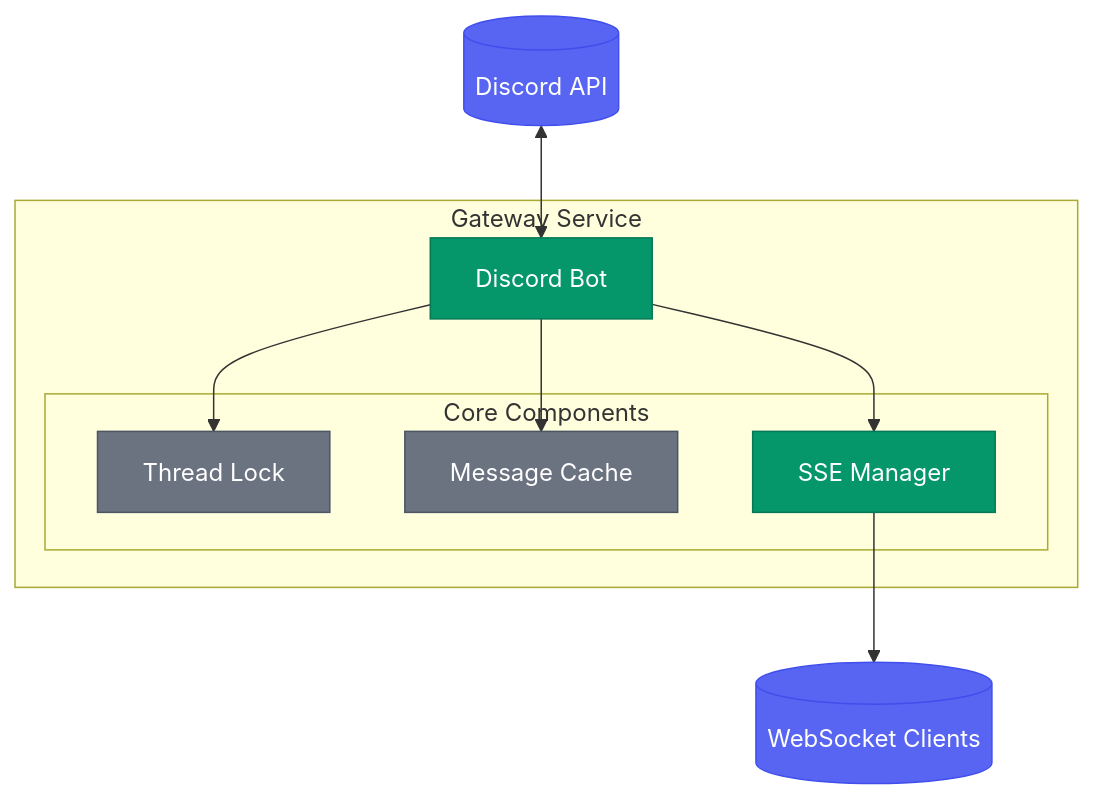
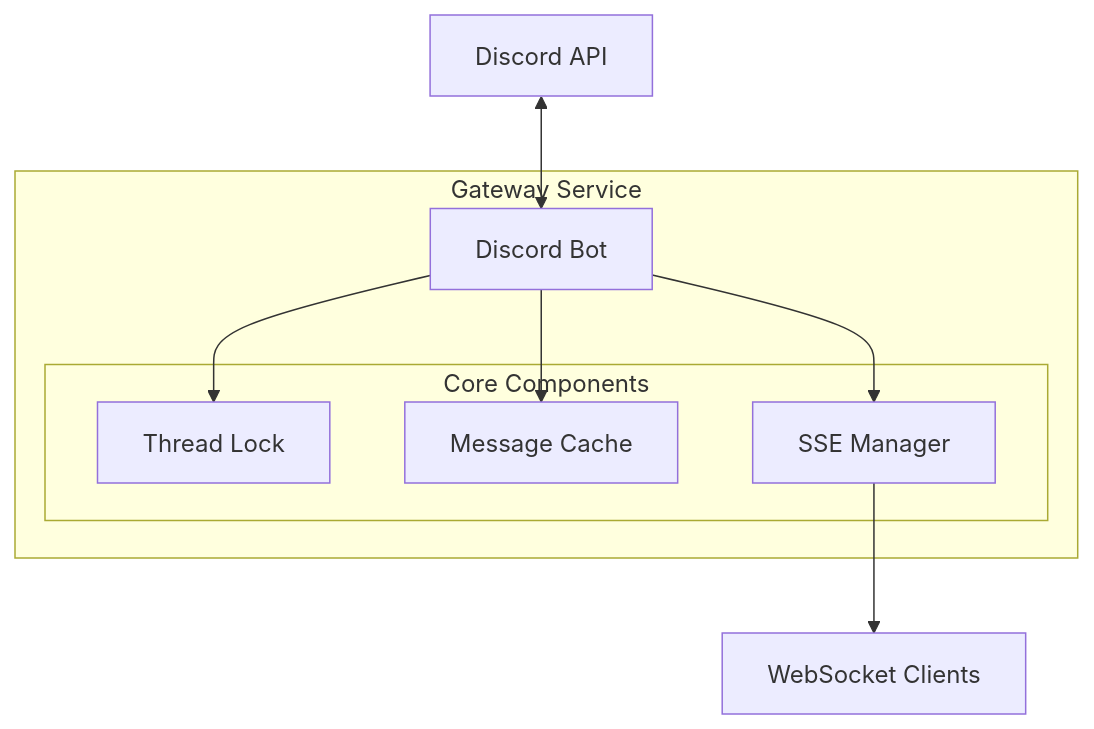
The third of 7 diagrams in content/en/post/2026-03-01-013-discord-gateway-mcp-architecture-design.md (yarang/blogs), drawn with Mermaid before and after one commit. The commit also changed other lines of this file and 1 other file, not shown here.

First line of the commit message:
Simplify Mermaid diagrams for web compatibility

````diff
--- a/content/en/post/2026-03-01-013-discord-gateway-mcp-architecture-design.md
+++ b/content/en/post/2026-03-01-013-discord-gateway-mcp-architecture-design.md
@@ -175,22 +157,16 @@
 ```mermaid
 flowchart TB
-    classDef gateway fill:#059669,stroke:#047857,color:#fff
-    classDef storage fill:#6B7280,stroke:#4B5563,color:#fff
-    classDef external fill:#5865F2,stroke:#404EED,color:#fff
-
-    subgraph Gateway["Gateway Service"]
-        Bot["Discord Bot"]:::gateway
-
-        subgraph Core["Core Components"]
-            Lock["Thread Lock"]:::storage
-            Cache["Message Cache"]:::storage
-            SSE["SSE Manager"]:::gateway
+    subgraph GW[Gateway Service]
+        Bot[Discord Bot]
+        subgraph C[Core Components]
+            Lock[Thread Lock]
+            Cache[Message Cache]
+            SSEMgr[SSE Manager]
         end
     end
-
-    Discord[("Discord API")]:::external <--> Bot
+    DAPI[Discord API] <--> Bot
     Bot --> Lock
     Bot --> Cache
-    Bot --> SSE
-    SSE --> Clients[("WebSocket Clients")]:::external
+    Bot --> SSEMgr
+    SSEMgr --> Clients[WebSocket Clients]
 ```
````
